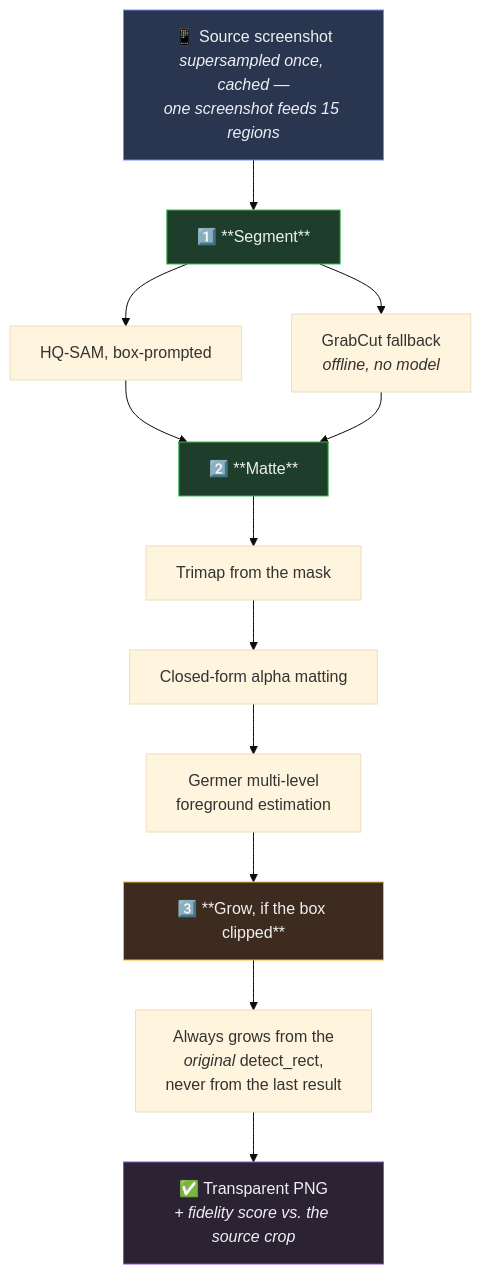
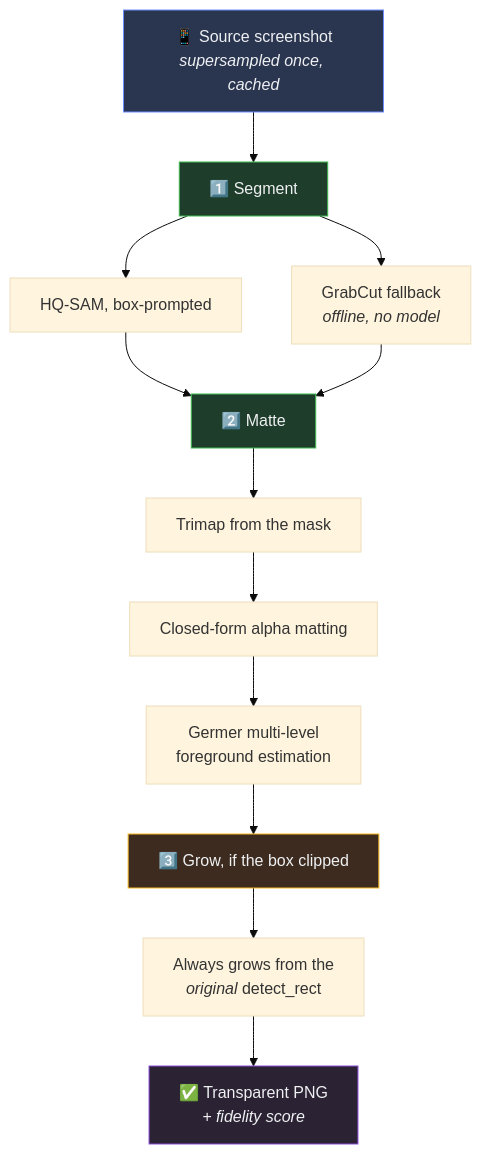
Before and after one commit to AdielMag/2d-assets-pipeline: the fourth of 7 diagrams in README.md, drawn with Mermaid (base theme). The commit also changed other lines of this file and 1 other file, not shown here.

````diff
--- a/README.md
+++ b/README.md
@@ -402,20 +479,20 @@
 ```mermaid
 flowchart TB
-    A["📱 Source screenshot<br/><i>supersampled once, cached —<br/>one screenshot feeds 15 regions</i>"]
-    A --> B["1️⃣ **Segment**"]
+    A["📱 Source screenshot<br/><i>supersampled once, cached</i>"]
+    A --> B["1️⃣ Segment"]
     B --> B1["HQ-SAM, box-prompted"]
     B --> B2["GrabCut fallback<br/><i>offline, no model</i>"]
-    B1 & B2 --> C["2️⃣ **Matte**"]
+    B1 & B2 --> C["2️⃣ Matte"]
     C --> C1["Trimap from the mask"]
     C1 --> C2["Closed-form alpha matting"]
     C2 --> C3["Germer multi-level<br/>foreground estimation"]
-    C3 --> D["3️⃣ **Grow, if the box clipped**"]
-    D --> D1["Always grows from the<br/><i>original</i> detect_rect,<br/>never from the last result"]
-    D1 --> E["✅ Transparent PNG<br/><i>+ fidelity score vs. the source crop</i>"]
+    C3 --> D["3️⃣ Grow, if the box clipped"]
+    D --> D1["Always grows from the<br/><i>original</i> detect_rect"]
+    D1 --> E["✅ Transparent PNG<br/><i>+ fidelity score</i>"]
 
     style A fill:#2a3550,stroke:#6c8cff,color:#eef0f2
     style B fill:#1f3d2b,stroke:#3fb950,color:#eef0f2
     style C fill:#1f3d2b,stroke:#3fb950,color:#eef0f2
     style D fill:#3d2b1f,stroke:#f5b820,color:#eef0f2
     style E fill:#2b2233,stroke:#8a4fd6,color:#eef0f2
 ```
````
